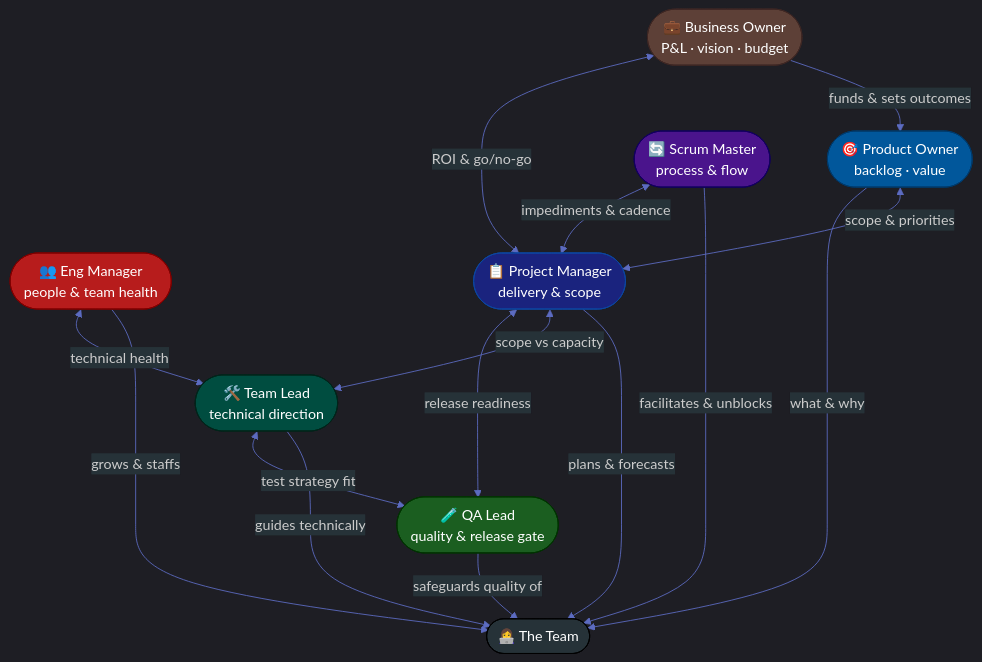
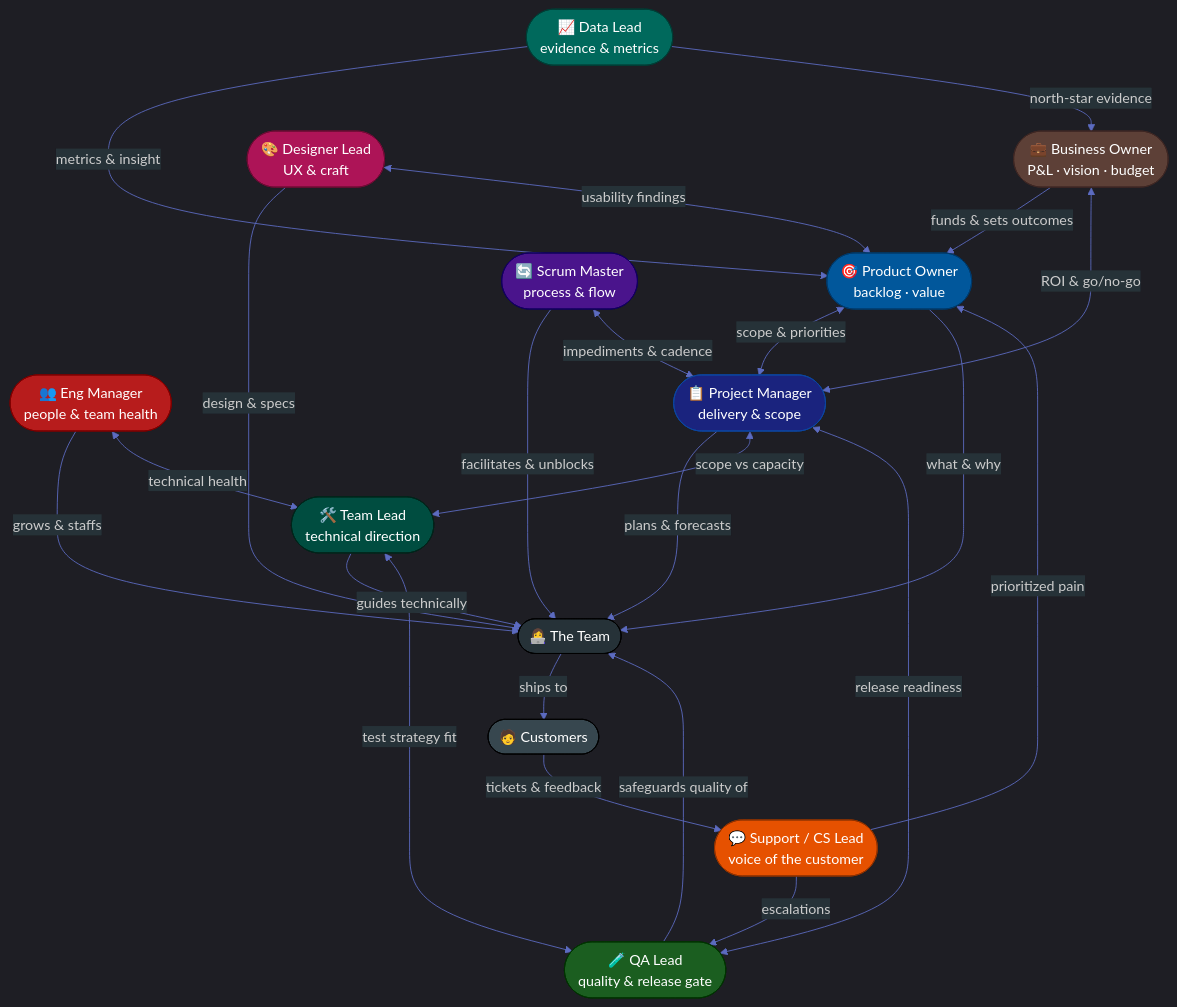
Before and after one commit to GuideStack/iblogger-feeds: the diagram in feeds/procedures/leadership-playbooks.md, drawn with Mermaid. The commit also changed other lines of this file and 38 other files, not shown here.

First line of the commit message:
Add Designer, Data/Analytics & Support-CS Lead playbooks; surface hub repo-wide

````diff
--- a/feeds/procedures/leadership-playbooks.md
+++ b/feeds/procedures/leadership-playbooks.md
@@ -69,40 +75,57 @@
 ```mermaid
 %%{init: {'theme': 'dark', 'themeVariables': {'primaryColor': '#1a237e', 'primaryBorderColor': '#0d47a1', 'primaryTextColor': '#ffffff', 'lineColor': '#5c6bc0', 'secondaryColor': '#004d40', 'tertiaryColor': '#4a148c', 'background': '#1e1e1e', 'mainBkg': '#1a237e', 'nodeBorder': '#0d47a1', 'clusterBkg': '#263238', 'titleColor': '#ffffff', 'edgeLabelBackground': '#263238'},
   'themeCSS': 'svg { background-color: #1e1e1e !important; padding: 1rem !important; border-radius: 8px !important; } text, tspan { fill: #ffffff !important; } .edgeLabel rect { fill: #1e1e1e !important; }'
 }}%%
 flowchart TD
     BO([💼 Business Owner<br>P&L · vision · budget])
     PO([🎯 Product Owner<br>backlog · value])
     EM([👥 Eng Manager<br>people & team health])
     TL([🛠️ Team Lead<br>technical direction])
     PM([📋 Project Manager<br>delivery & scope])
     SM([🔄 Scrum Master<br>process & flow])
     QA([🧪 QA Lead<br>quality & release gate])
+    DL([🎨 Designer Lead<br>UX & craft])
+    DATA([📈 Data Lead<br>evidence & metrics])
+    CS([💬 Support / CS Lead<br>voice of the customer])
     TEAM([👩‍💻 The Team])
+    CUST([🧑 Customers])
 
     BO -->|funds & sets outcomes| PO
     BO <-->|ROI & go/no-go| PM
     PO <-->|scope & priorities| PM
     PO -->|what & why| TEAM
+    DL -->|design & specs| TEAM
+    DATA -->|metrics & insight| PO
+    DATA -->|north-star evidence| BO
 
     EM -->|grows & staffs| TEAM
     TL -->|guides technically| TEAM
     SM -->|facilitates & unblocks| TEAM
     PM -->|plans & forecasts| TEAM
     QA -->|safeguards quality of| TEAM
 
     PM <-->|scope vs capacity| TL
     PM <-->|release readiness| QA
     SM <-->|impediments & cadence| PM
     EM <-->|technical health| TL
     TL <-->|test strategy fit| QA
+    DL <-->|usability findings| PO
+
+    TEAM -->|ships to| CUST
+    CUST -->|tickets & feedback| CS
+    CS -->|prioritized pain| PO
+    CS -->|escalations| QA
 
     style BO fill:#5d4037,stroke:#3e2723,color:#fff
     style PO fill:#01579b,stroke:#013a6b,color:#fff
     style EM fill:#b71c1c,stroke:#7f0000,color:#fff
     style TL fill:#004d40,stroke:#00251a,color:#fff
     style PM fill:#1a237e,stroke:#0d47a1,color:#fff
     style SM fill:#4a148c,stroke:#12005e,color:#fff
     style QA fill:#1b5e20,stroke:#003300,color:#fff
+    style DL fill:#ad1457,stroke:#6d0d35,color:#fff
+    style DATA fill:#00695c,stroke:#003d36,color:#fff
+    style CS fill:#e65100,stroke:#8f3200,color:#fff
     style TEAM fill:#263238,stroke:#000,color:#fff
+    style CUST fill:#37474f,stroke:#000,color:#fff
 ```
````
